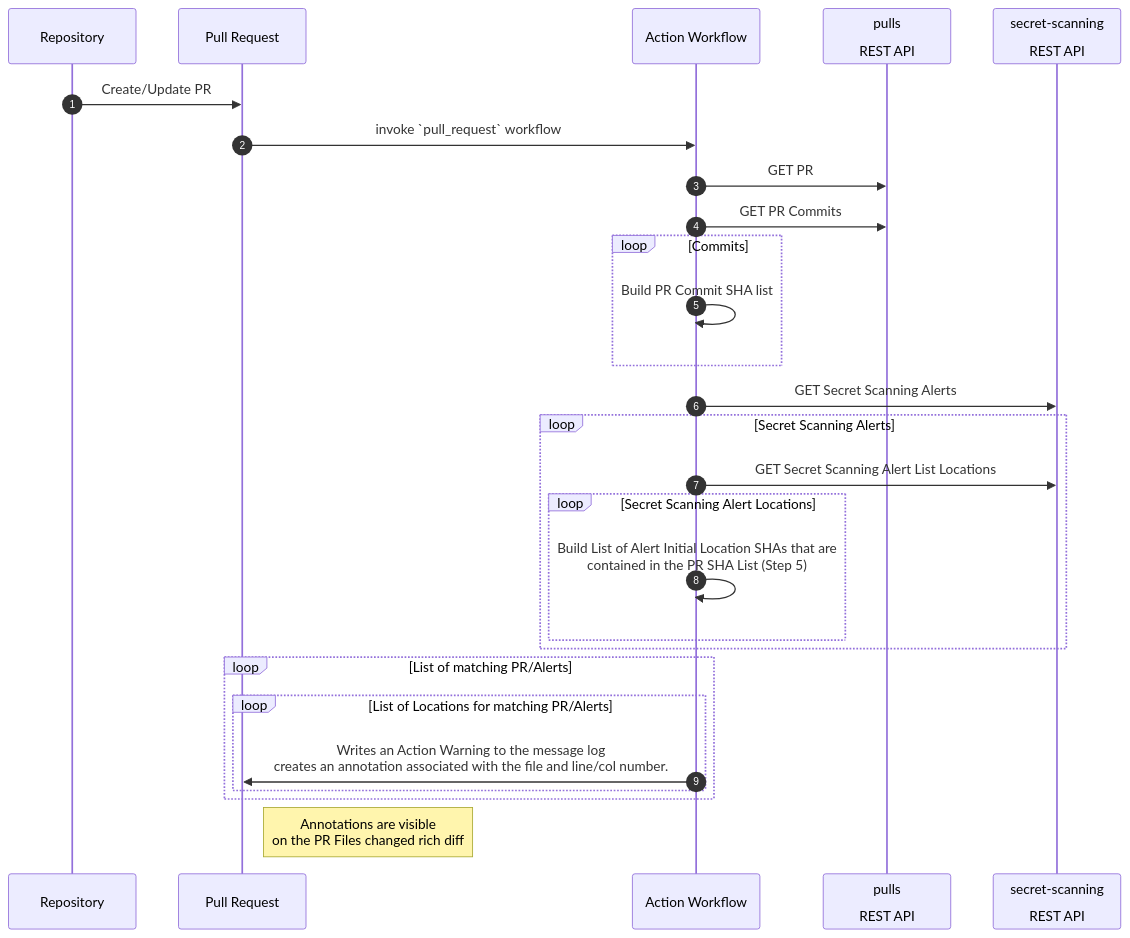
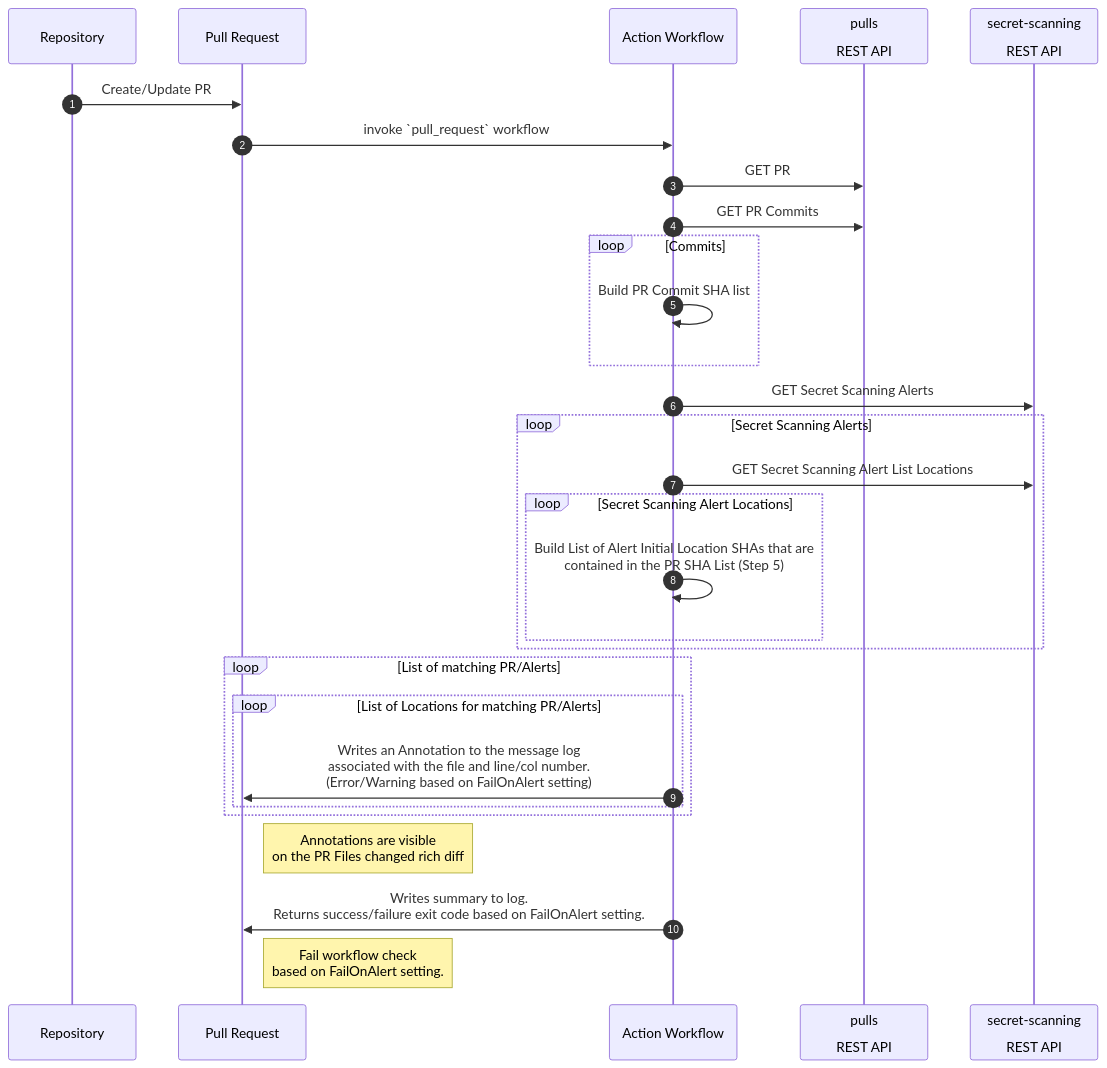
One commit to advanced-security/secret-scanning-review-action changed the diagram in README.md. Above: the diagram before and after it, drawn with Mermaid. The commit also changed other lines of this file and 1 other file, not shown here.

Commit message:
FailOnAlert docs

````diff
--- a/README.md
+++ b/README.md
@@ -31,31 +32,39 @@
 ```mermaid
 sequenceDiagram
     autonumber
     participant Repo as Repository
     participant PR as Pull Request
     participant Action as Action Workflow
     participant API_PR as pulls<br/><br/>REST API
     participant API_SECRET as secret-scanning<br/><br/> REST API
 
-    Repo->>PR: Create/Update PR
+    Repo->>PR: Create/Update PR    
     PR->>Action: invoke `pull_request` workflow
-    Action->>API_PR: GET PR
+    Action->>API_PR: GET PR    
     Action->>API_PR: GET PR Commits
+    
     loop Commits
         Action->>Action: Build PR Commit SHA list      
     end
+    
     Action->>API_SECRET: GET Secret Scanning Alerts
+    
     loop Secret Scanning Alerts
         Action->>API_SECRET: GET Secret Scanning Alert List Locations
         loop Secret Scanning Alert Locations
         Action->>Action:Build List of Alert Initial Location SHAs that are<br/>contained in the PR SHA List (Step 5)
         end
     end
 
     loop List of matching PR/Alerts
       loop List of Locations for matching PR/Alerts       
-        Action->>PR:Writes an Action Warning to the message log<br/>creates an annotation associated with the file and line/col number.
+        Action->>PR:Writes an Annotation to the message log<br/>associated with the file and line/col number.<br/>(Error/Warning based on FailOnAlert setting)
       end               
     end       
+    
     Note right of PR: Annotations are visible<br/>on the PR Files changed rich diff
+
+    Action->>PR:Writes summary to log.<br/>Returns success/failure exit code based on FailOnAlert setting.
+    
+    Note right of PR: Fail workflow check<br/>based on FailOnAlert setting.
 ```
````
